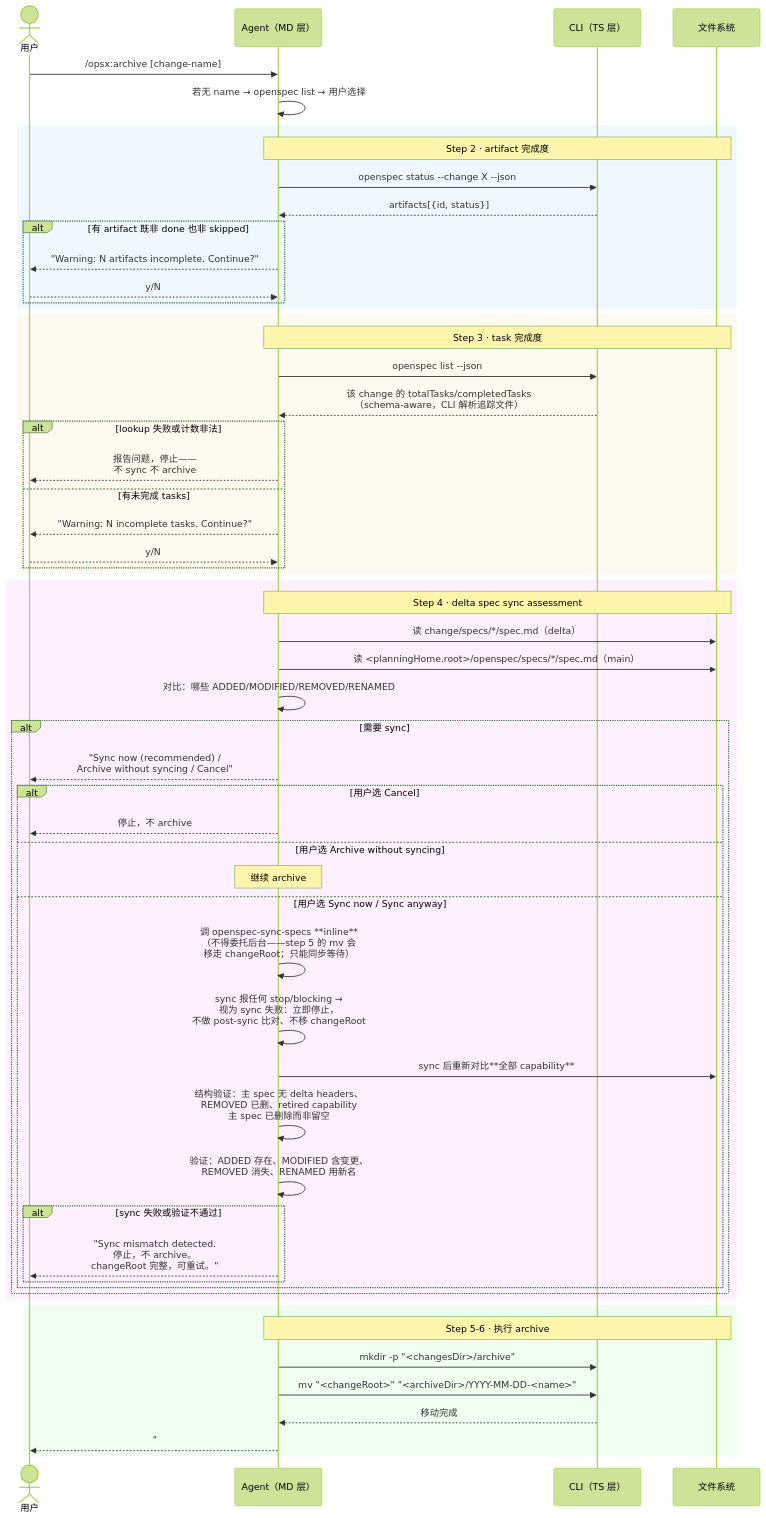
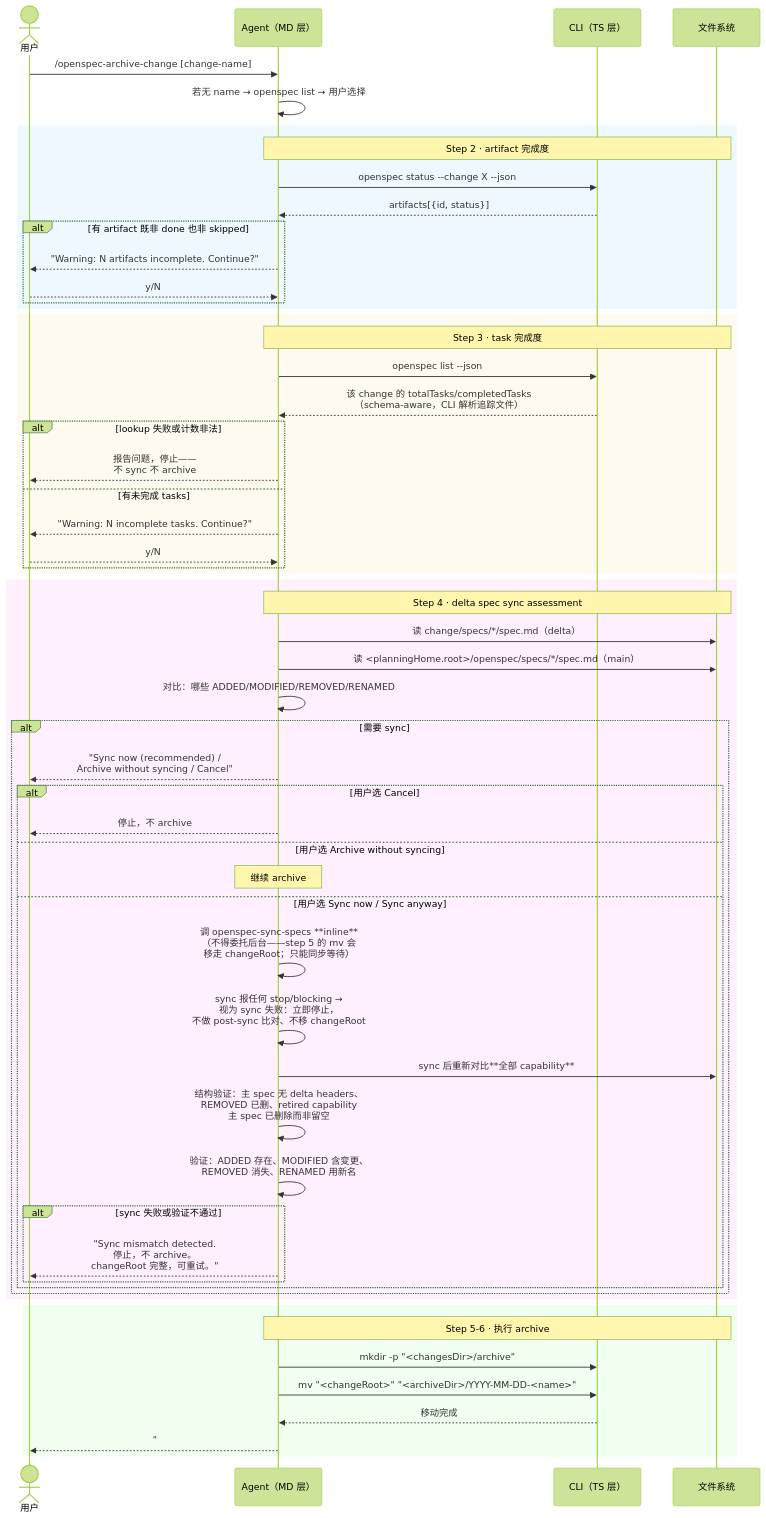
One commit to ethan-jiang-3/OpenSpec changed the diagram in _digested/workflows/09-archive.md. Above: the diagram before and after it, drawn with Mermaid (forest theme). The commit also changed other lines of this file and 63 other files, not shown here.

````diff
--- a/_digested/workflows/09-archive.md
+++ b/_digested/workflows/09-archive.md
@@ -53,64 +53,64 @@
 ```mermaid
 sequenceDiagram
     actor User as 用户
     participant MD as Agent（MD 层）
     participant TS as CLI（TS 层）
     participant FS as 文件系统
 
-    User->>MD: /opsx:archive [change-name]
+    User->>MD: /openspec-archive-change [change-name]
     MD->>MD: 若无 name → openspec list → 用户选择
 
     rect rgb(240, 248, 255)
         Note over MD,FS: Step 2 · artifact 完成度
         MD->>TS: openspec status --change X --json
         TS-->>MD: artifacts[{id, status}]
         alt 有 artifact 既非 done 也非 skipped
             MD-->>User: "Warning: N artifacts incomplete. Continue?"
             User-->>MD: y/N
         end
     end
 
     rect rgb(255, 250, 240)
         Note over MD,FS: Step 3 · task 完成度
         MD->>TS: openspec list --json
         TS-->>MD: 该 change 的 totalTasks/completedTasks<br/>（schema-aware，CLI 解析追踪文件）
         alt lookup 失败或计数非法
             MD-->>User: 报告问题，停止——<br/>不 sync 不 archive
         else 有未完成 tasks
             MD-->>User: "Warning: N incomplete tasks. Continue?"
             User-->>MD: y/N
         end
     end
 
     rect rgb(255, 240, 255)
         Note over MD,FS: Step 4 · delta spec sync assessment
         MD->>FS: 读 change/specs/*/spec.md（delta）
         MD->>FS: 读 <planningHome.root>/openspec/specs/*/spec.md（main）
         MD->>MD: 对比：哪些 ADDED/MODIFIED/REMOVED/RENAMED
         alt 需要 sync
             MD-->>User: "Sync now (recommended) /<br/>Archive without syncing / Cancel"
             alt 用户选 Cancel
                 MD-->>User: 停止，不 archive
             else 用户选 Archive without syncing
                 Note over MD: 继续 archive
             else 用户选 Sync now / Sync anyway
                 MD->>MD: 调 openspec-sync-specs **inline**<br/>（不得委托后台——step 5 的 mv 会<br/>移走 changeRoot；只能同步等待）
                 MD->>MD: sync 报任何 stop/blocking →<br/>视为 sync 失败：立即停止，<br/>不做 post-sync 比对、不移 changeRoot
                 MD->>FS: sync 后重新对比**全部 capability**
                 MD->>MD: 结构验证：主 spec 无 delta headers、<br/>REMOVED 已删、retired capability<br/>主 spec 已删除而非留空
                 MD->>MD: 验证：ADDED 存在、MODIFIED 含变更、<br/>REMOVED 消失、RENAMED 用新名
                 alt sync 失败或验证不通过
                     MD-->>User: "Sync mismatch detected.<br/>停止，不 archive。<br/>changeRoot 完整，可重试。"
                 end
             end
         end
     end
 
     rect rgb(240, 255, 240)
         Note over MD,FS: Step 5-6 · 执行 archive
         MD->>TS: mkdir -p "<changesDir>/archive"
         MD->>TS: mv "<changeRoot>" "<archiveDir>/YYYY-MM-DD-<name>"
         TS-->>MD: 移动完成
         MD-->>User: "## Archive Complete<br/>Change: <name><br/>Specs: ✓ Synced"
     end
 ```
````
